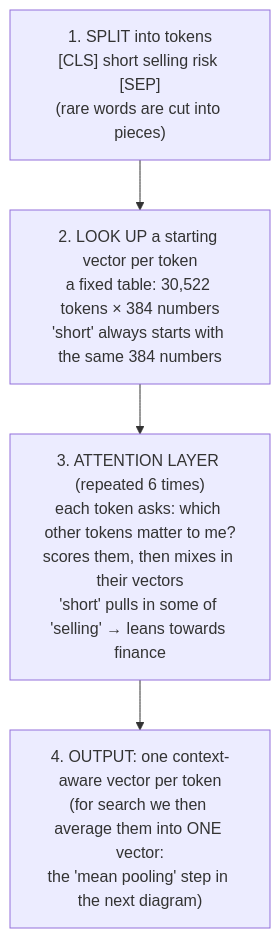
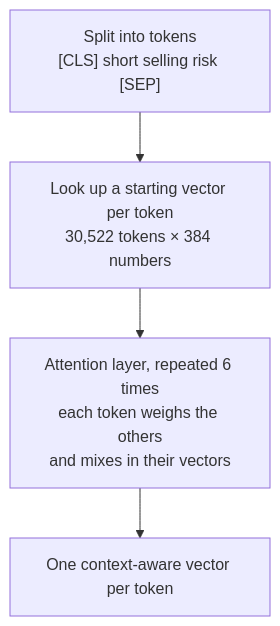
Before and after one commit to node31/fiqa-agentic-retrieval: the first of 4 diagrams in docs/from_zero/04_meaning_search_embeddings.md, drawn with Mermaid. The commit also changed other lines of this file and 9 other files, not shown here.

````diff
--- a/docs/from_zero/04_meaning_search_embeddings.md
+++ b/docs/from_zero/04_meaning_search_embeddings.md
@@ -95,6 +64,6 @@
 ```mermaid
 flowchart TD
-    A["1. SPLIT into tokens<br/>[CLS] short selling risk [SEP]<br/>(rare words are cut into pieces)"] --> B["2. LOOK UP a starting vector per token<br/>a fixed table: 30,522 tokens × 384 numbers<br/>'short' always starts with the same 384 numbers"]
-    B --> C["3. ATTENTION LAYER (repeated 6 times)<br/>each token asks: which other tokens matter to me?<br/>scores them, then mixes in their vectors<br/>'short' pulls in some of 'selling' → leans towards finance"]
-    C --> D["4. OUTPUT: one context-aware vector per token<br/>(for search we then average them into ONE vector:<br/>the 'mean pooling' step in the next diagram)"]
+    A["Split into tokens<br/>[CLS] short selling risk [SEP]"] --> B["Look up a starting vector per token<br/>30,522 tokens × 384 numbers"]
+    B --> C["Attention layer, repeated 6 times<br/>each token weighs the others<br/>and mixes in their vectors"]
+    C --> D["One context-aware vector per token"]
 ```
````
